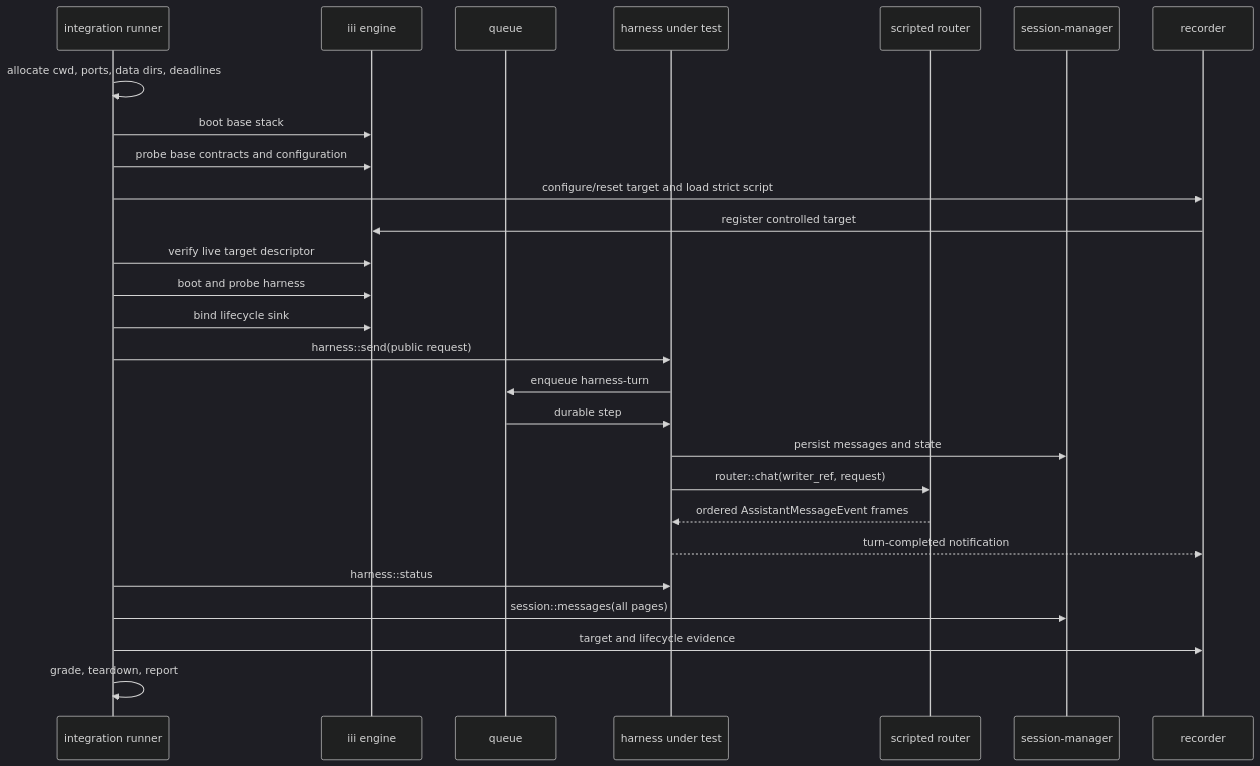
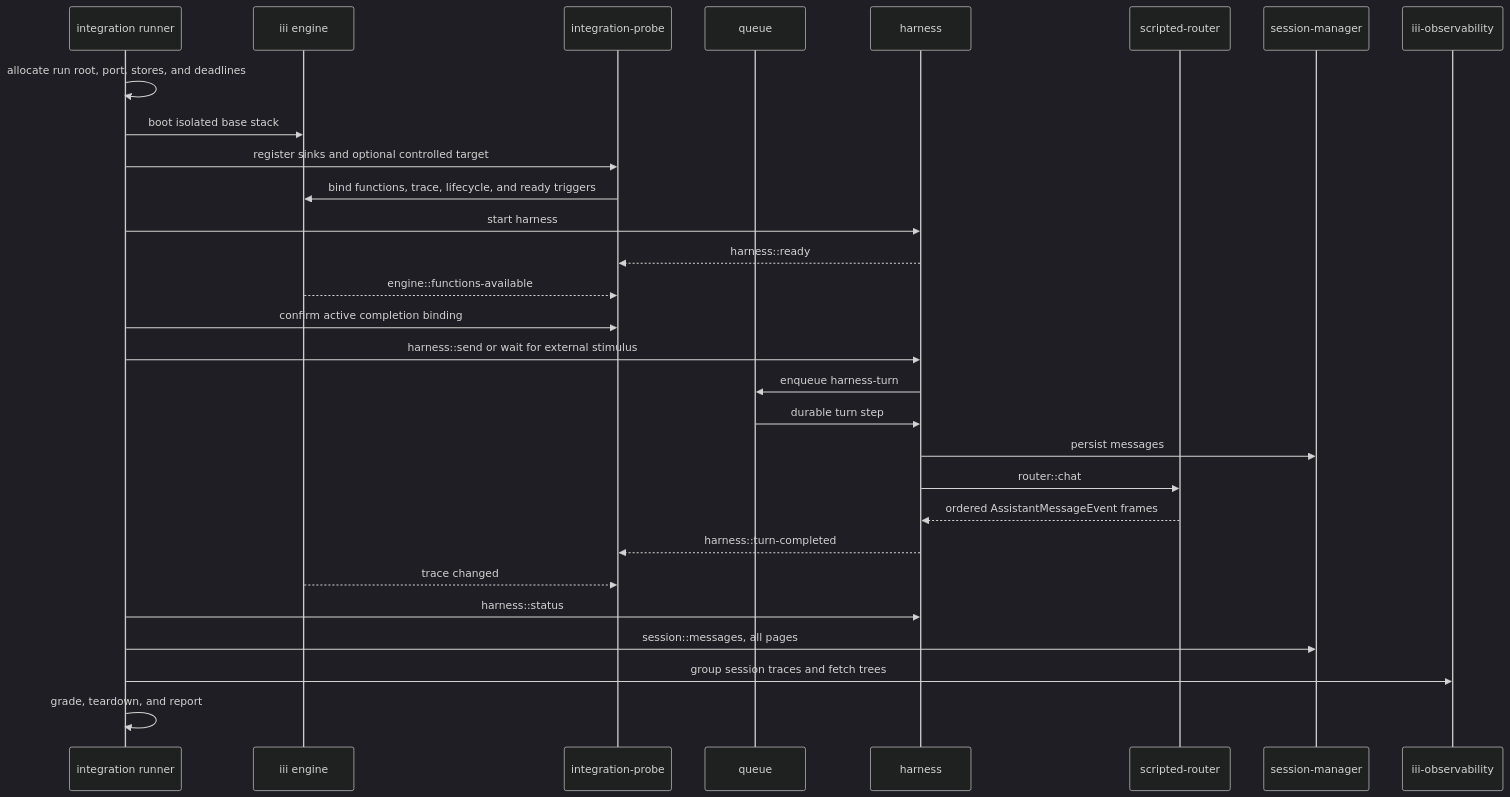
One commit to iii-hq/iii changed the diagram in tech-specs/2026-07-15-harness-evaluation/integration-e2e.md. Above: the diagram before and after it, drawn with Mermaid (dark theme). The commit also changed other lines of this file and 48 other files, not shown here.

````diff
--- a/tech-specs/2026-07-15-harness-evaluation/integration-e2e.md
+++ b/tech-specs/2026-07-15-harness-evaluation/integration-e2e.md
@@ -127,30 +150,32 @@
-```mermaid
+~~~mermaid
 sequenceDiagram
   participant R as integration runner
   participant E as iii engine
+  participant P as integration-probe
   participant Q as queue
-  participant H as harness under test
-  participant X as scripted router
+  participant H as harness
+  participant X as scripted-router
   participant S as session-manager
-  participant C as recorder
+  participant O as iii-observability
 
-  R->>R: allocate cwd, ports, data dirs, deadlines
-  R->>E: boot base stack
-  R->>E: probe base contracts and configuration
-  R->>C: configure/reset target and load strict script
-  C->>E: register controlled target
-  R->>E: verify live target descriptor
-  R->>E: boot and probe harness
-  R->>E: bind lifecycle sink
-  R->>H: harness::send(public request)
+  R->>R: allocate run root, port, stores, and deadlines
+  R->>E: boot isolated base stack
+  R->>P: register sinks and optional controlled target
+  P->>E: bind functions, trace, lifecycle, and ready triggers
+  R->>H: start harness
+  H-->>P: harness::ready
+  E-->>P: engine::functions-available
+  R->>P: confirm active completion binding
+  R->>H: harness::send or wait for external stimulus
   H->>Q: enqueue harness-turn
-  Q->>H: durable step
-  H->>S: persist messages and state
-  H->>X: router::chat(writer_ref, request)
+  Q->>H: durable turn step
+  H->>S: persist messages
+  H->>X: router::chat
   X-->>H: ordered AssistantMessageEvent frames
-  H-->>C: turn-completed notification
+  H-->>P: harness::turn-completed
+  E-->>P: trace changed
   R->>H: harness::status
-  R->>S: session::messages(all pages)
-  R->>C: target and lifecycle evidence
-  R->>R: grade, teardown, report
-```
+  R->>S: session::messages, all pages
+  R->>O: group session traces and fetch trees
+  R->>R: grade, teardown, and report
+~~~
````
